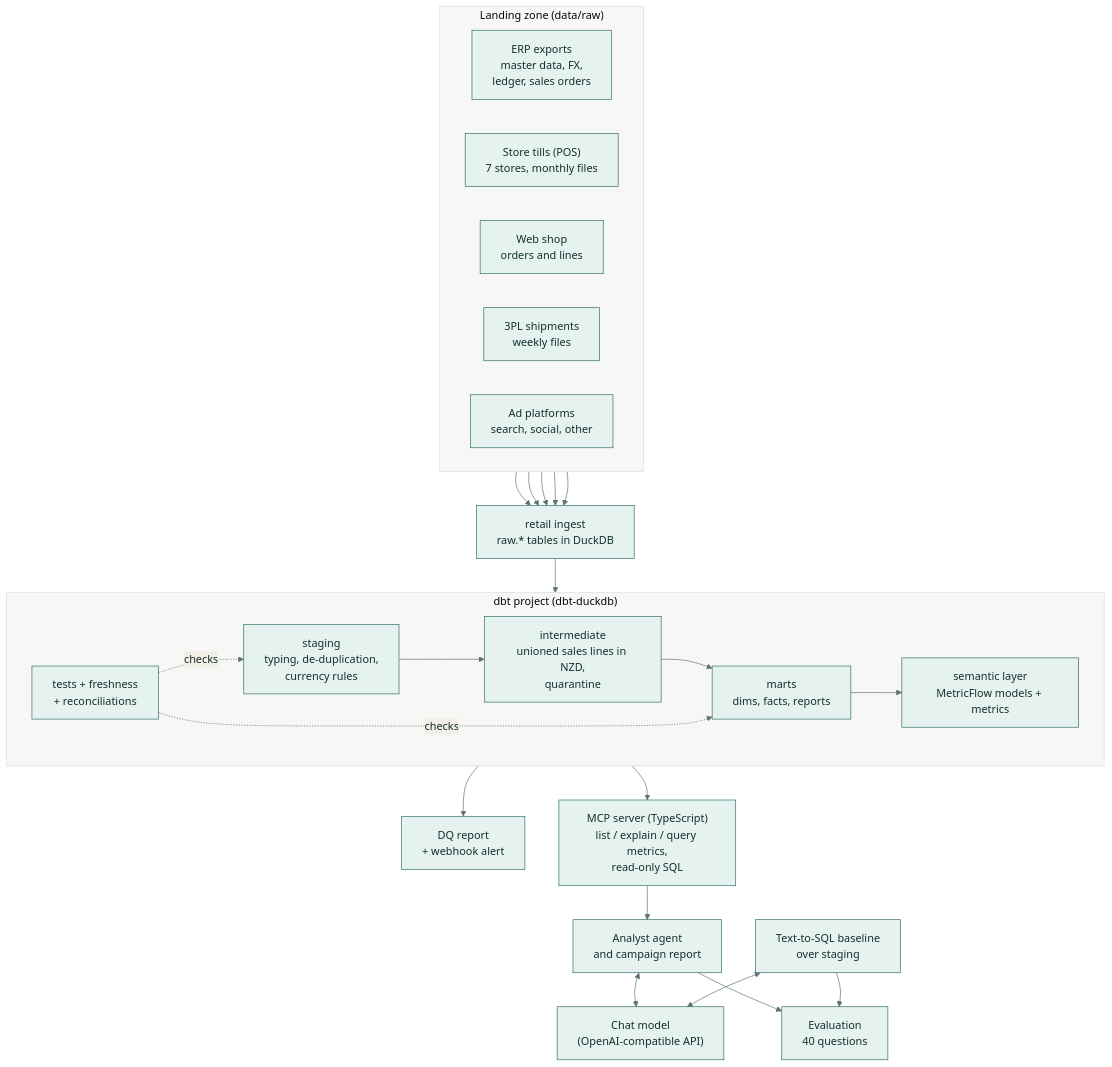
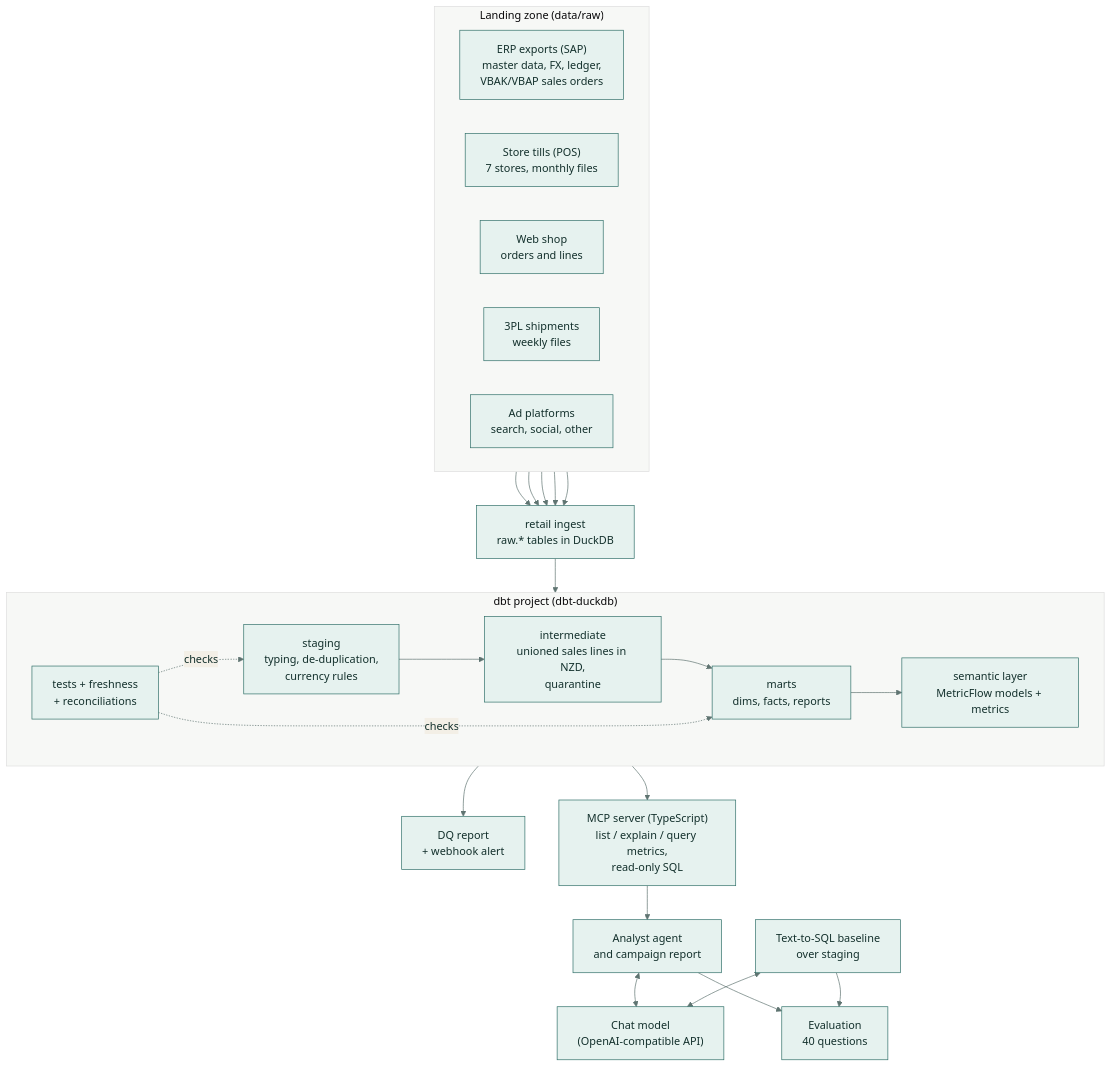
The first of 2 diagrams in README.md (samiulhuda360/retail-data-ai), drawn with Mermaid before and after one commit. The commit also changed other lines of this file, not shown here.

Commit message:
README: SAP order format, SQL examples, scheduling and the DuckDB-only warehouse

````diff
--- a/README.md
+++ b/README.md
@@ -105,36 +114,36 @@
 ```mermaid
 %%{init: {"theme": "base", "themeVariables": {"primaryColor": "#e6f2ef", "primaryBorderColor": "#2f6f68", "primaryTextColor": "#13302c", "lineColor": "#5f7471", "secondaryColor": "#f3efe6", "tertiaryColor": "#f7f8f6"}}}%%
 flowchart TB
     subgraph Sources["Landing zone (data/raw)"]
         direction LR
-        ERP["ERP exports<br/>master data, FX,<br/>ledger, sales orders"]
+        ERP["ERP exports (SAP)<br/>master data, FX, ledger,<br/>VBAK/VBAP sales orders"]
         POS["Store tills (POS)<br/>7 stores, monthly files"]
         WEB["Web shop<br/>orders and lines"]
         TPL["3PL shipments<br/>weekly files"]
         MKT["Ad platforms<br/>search, social, other"]
     end
     ING["retail ingest<br/>raw.* tables in DuckDB"]
     subgraph DBT["dbt project (dbt-duckdb)"]
         direction LR
         STG["staging<br/>typing, de-duplication,<br/>currency rules"]
         INT["intermediate<br/>unioned sales lines in NZD,<br/>quarantine"]
         MARTS["marts<br/>dims, facts, reports"]
         SEM["semantic layer<br/>MetricFlow models + metrics"]
         TESTS["tests + freshness<br/>+ reconciliations"]
     end
     DQ["DQ report<br/>+ webhook alert"]
     MCP["MCP server (TypeScript)<br/>list / explain / query metrics,<br/>read-only SQL"]
     AG["Analyst agent<br/>and campaign report"]
     LLM["Chat model<br/>(OpenAI-compatible API)"]
     EV["Evaluation<br/>40 questions"]
     BASE["Text-to-SQL baseline<br/>over staging"]
 
     ERP & POS & WEB & TPL & MKT --> ING --> STG --> INT --> MARTS --> SEM
     TESTS -.checks.-> STG & MARTS
     TESTS --> DQ
     SEM --> MCP --> AG
     AG <--> LLM
     AG --> EV
     BASE --> EV
     BASE <--> LLM
 ```
````
